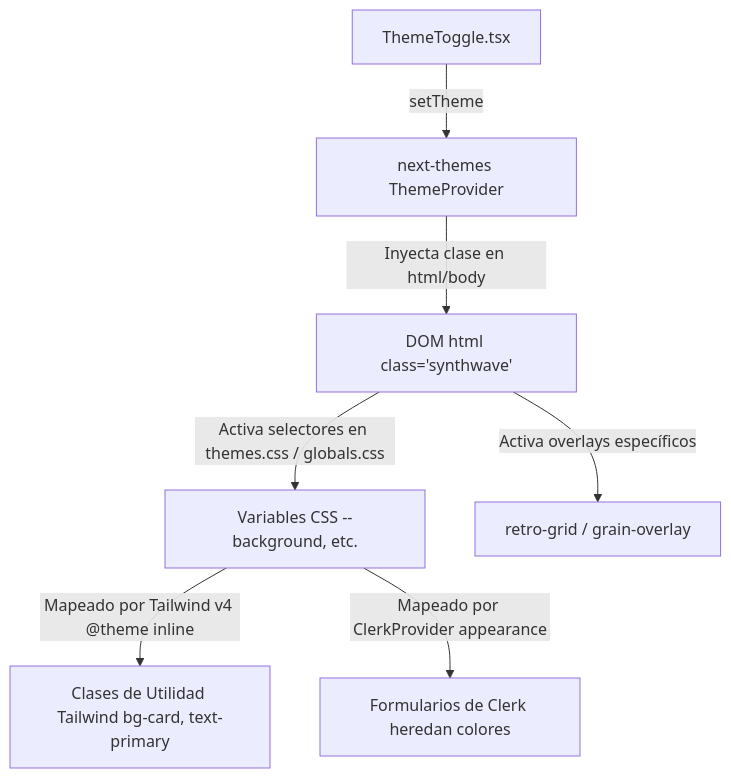
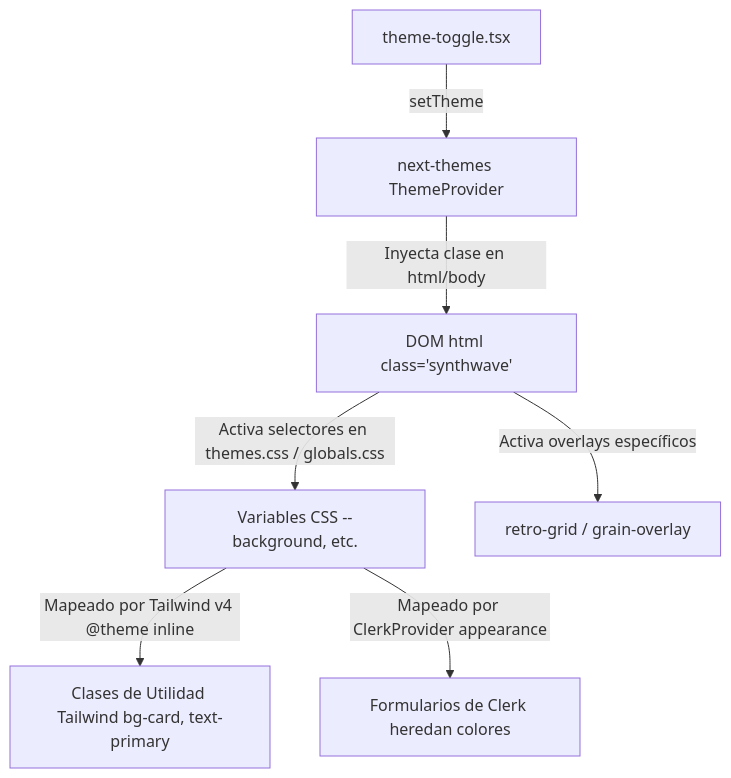
The diagram in THEMES.md (Keletch/eventoschu), drawn with Mermaid before and after one commit. The commit also changed 52 other files, not shown here.

````diff
--- a/THEMES.md
+++ b/THEMES.md
@@ -11,9 +11,9 @@
 ```mermaid
 graph TD
-    A[ThemeToggle.tsx] -->|setTheme| B[next-themes ThemeProvider]
+    A[theme-toggle.tsx] -->|setTheme| B[next-themes ThemeProvider]
     B -->|Inyecta clase en html/body| C[DOM html class='synthwave']
     C -->|Activa selectores en themes.css / globals.css| D[Variables CSS --background, etc.]
     D -->|Mapeado por Tailwind v4 @theme inline| E[Clases de Utilidad Tailwind bg-card, text-primary]
     D -->|Mapeado por ClerkProvider appearance| F[Formularios de Clerk heredan colores]
     C -->|Activa overlays específicos| G[retro-grid / grain-overlay]
 ```
````
